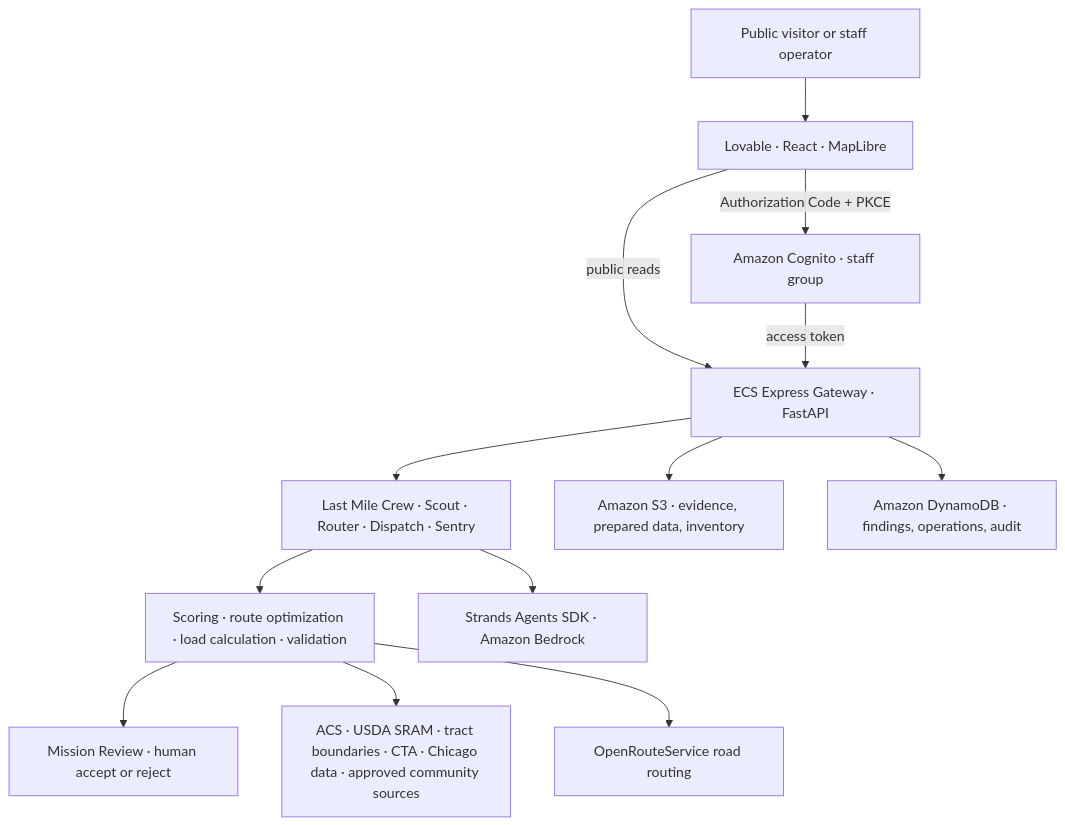
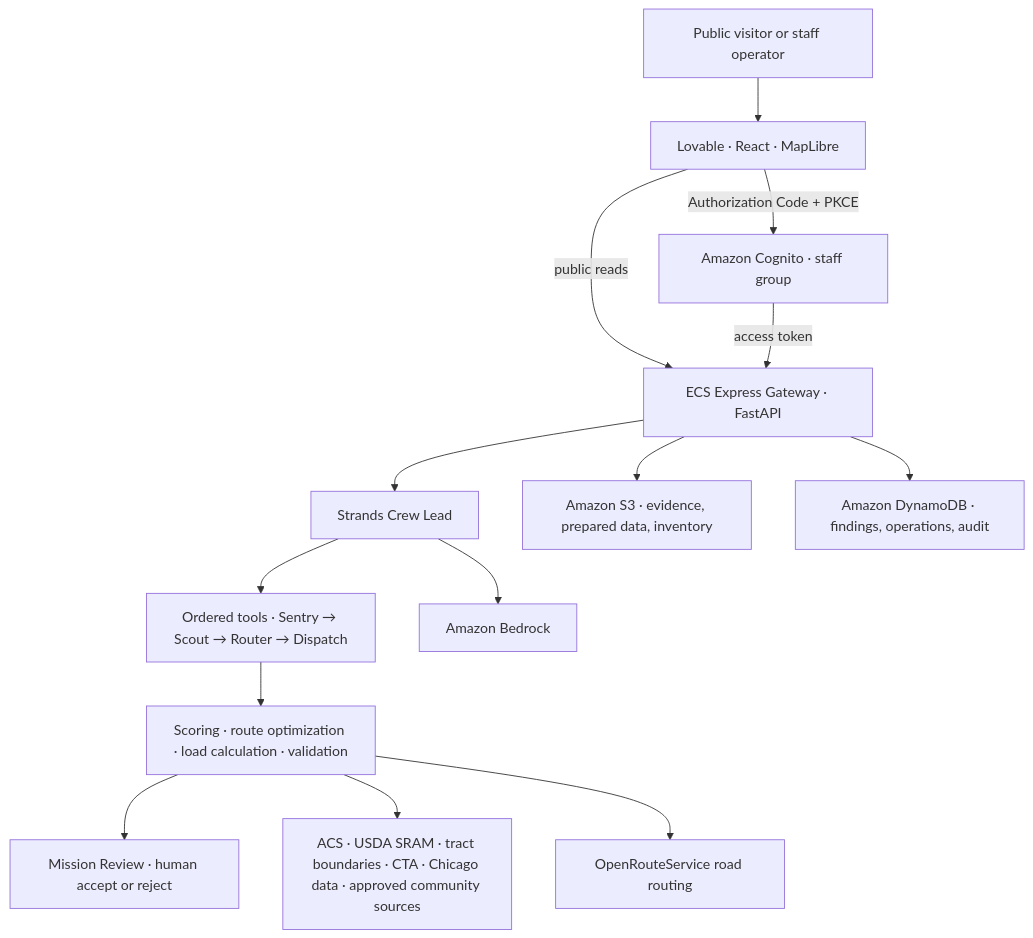
One commit to explainable-ai/food-access-advisor changed the diagram in README.md. Above: the diagram before and after it, drawn with Mermaid. The commit also changed other lines of this file, not shown here.

Commit message:
Clarify Crew Lead orchestration and agent guardrails

````diff
--- a/README.md
+++ b/README.md
@@ -34,17 +56,18 @@
 ```mermaid
 flowchart TB
     U["Public visitor or staff operator"] --> FE["Lovable · React · MapLibre"]
     FE -->|"public reads"| API["ECS Express Gateway · FastAPI"]
     FE -->|"Authorization Code + PKCE"| COG["Amazon Cognito · staff group"]
     COG -->|"access token"| API
 
-    API --> CREW["Last Mile Crew · Scout · Router · Dispatch · Sentry"]
-    CREW --> DET["Scoring · route optimization · load calculation · validation"]
-    CREW --> AI["Strands Agents SDK · Amazon Bedrock"]
+    API --> LEAD["Strands Crew Lead"]
+    LEAD --> STAGES["Ordered tools · Sentry → Scout → Router → Dispatch"]
+    STAGES --> DET["Scoring · route optimization · load calculation · validation"]
+    LEAD --> AI["Amazon Bedrock"]
     DET --> REVIEW["Mission Review · human accept or reject"]
 
     API --> STORE["Amazon S3 · evidence, prepared data, inventory"]
     API --> DB["Amazon DynamoDB · findings, operations, audit"]
     DET --> DATA["ACS · USDA SRAM · tract boundaries · CTA · Chicago data · approved community sources"]
     DET --> ROUTE["OpenRouteService road routing"]
 ```
````
